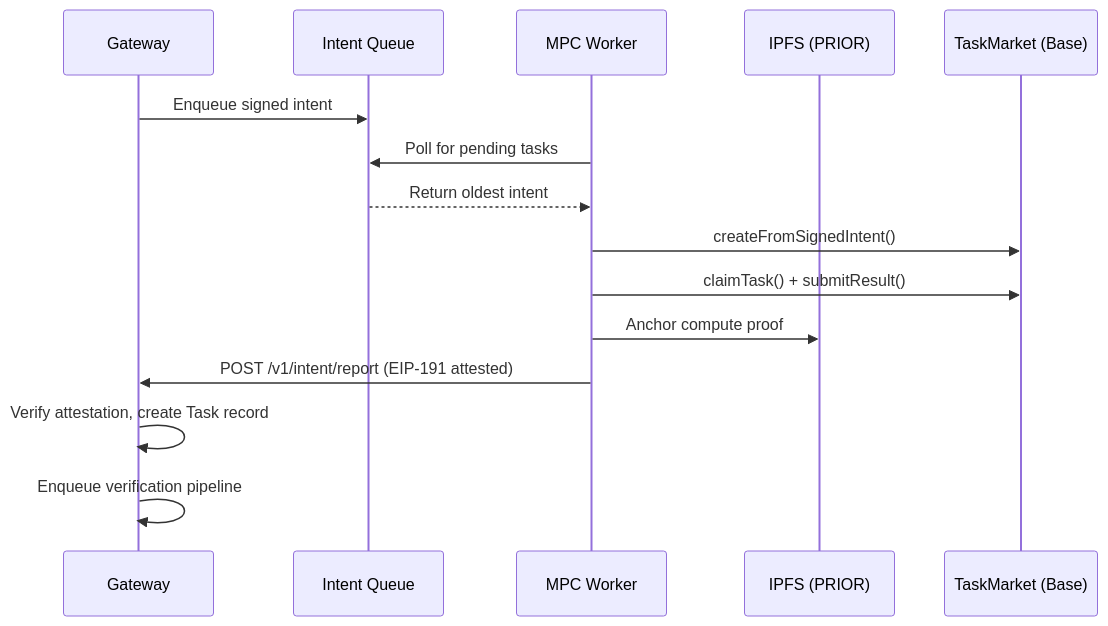
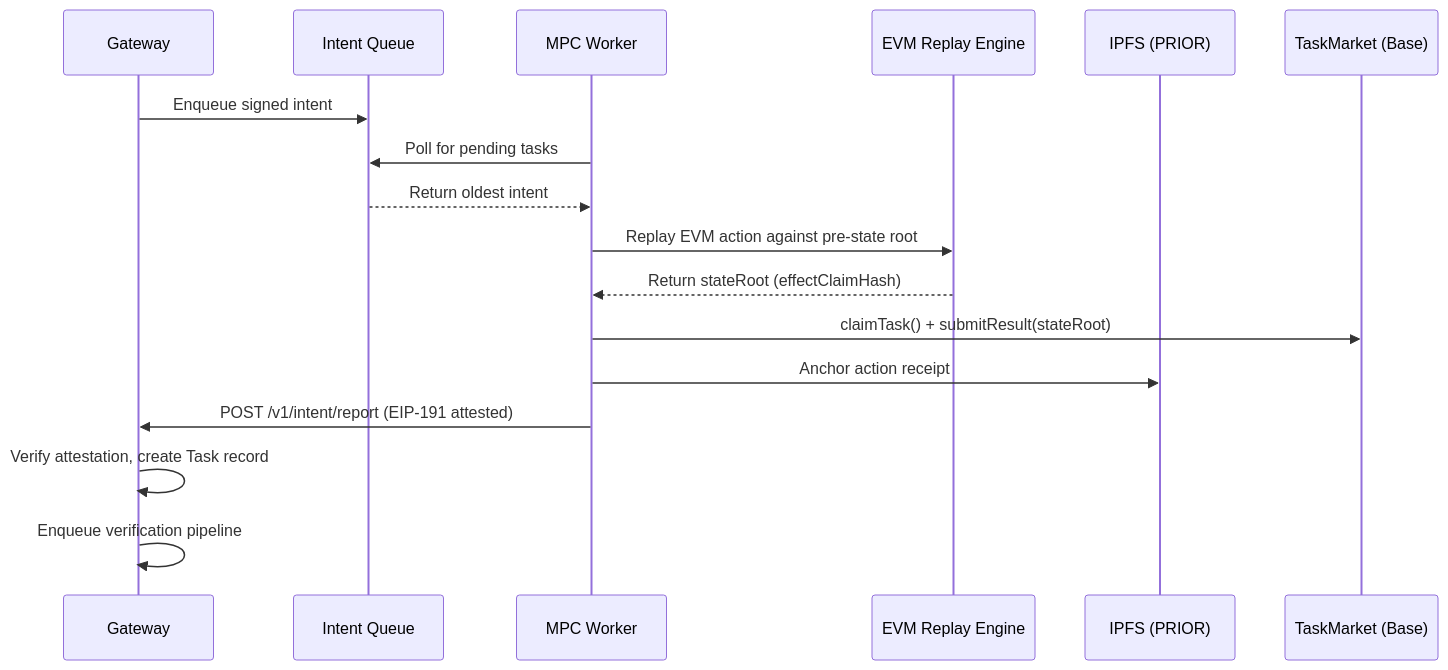
The diagram in agentchain/mpc-worker.mdx (humbleaf/docs), drawn with Mermaid before and after one commit. The commit also changed other lines of this file and 22 other files, not shown here.

````diff
--- a/agentchain/mpc-worker.mdx
+++ b/agentchain/mpc-worker.mdx
@@ -10,18 +10,20 @@
 ```mermaid
 sequenceDiagram
     participant G as Gateway
     participant Q as Intent Queue
     participant W as MPC Worker
+    participant E as EVM Replay Engine
     participant I as IPFS (PRIOR)
     participant C as TaskMarket (Base)
 
     G->>Q: Enqueue signed intent
     W->>Q: Poll for pending tasks
     Q-->>W: Return oldest intent
-    W->>C: createFromSignedIntent()
-    W->>C: claimTask() + submitResult()
-    W->>I: Anchor compute proof
+    W->>E: Replay EVM action against pre-state root
+    E-->>W: Return stateRoot (effectClaimHash)
+    W->>C: claimTask() + submitResult(stateRoot)
+    W->>I: Anchor action receipt
     W->>G: POST /v1/intent/report (EIP-191 attested)
     G->>G: Verify attestation, create Task record
     G->>G: Enqueue verification pipeline
 ```
````
